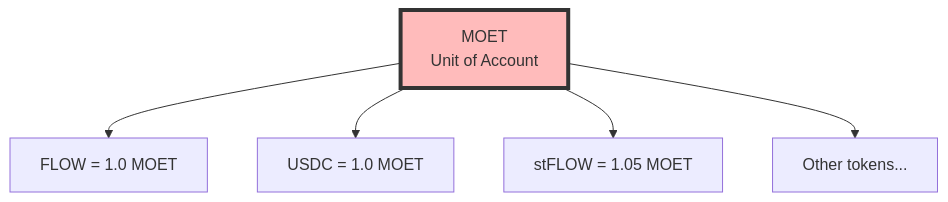
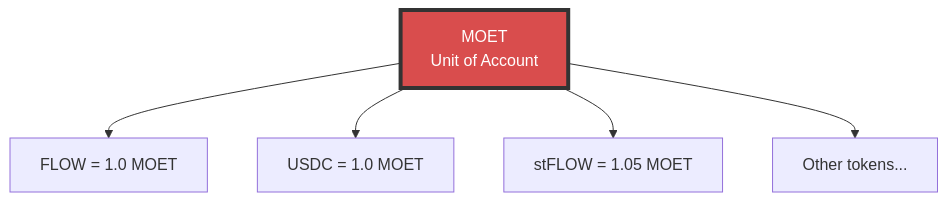
Before and after one commit to onflow/docs: the first of 11 diagrams in docs/defi/alp/moet-role.md, drawn with Mermaid. The commit also changed other lines of this file and 12 other files, not shown here.

````diff
--- a/docs/defi/alp/moet-role.md
+++ b/docs/defi/alp/moet-role.md
@@ -24,10 +25,10 @@
 ```mermaid
 graph TD
     MOET[MOET<br/>Unit of Account]
     MOET --> FLOW[FLOW = 1.0 MOET]
     MOET --> USDC[USDC = 1.0 MOET]
     MOET --> stFLOW[stFLOW = 1.05 MOET]
     MOET --> Other[Other tokens...]
 
-    style MOET fill:#fbb,stroke:#333,stroke-width:4px
+    style MOET fill:#d94d4d,stroke:#333,stroke-width:4px,color:#fff
 ```
````
